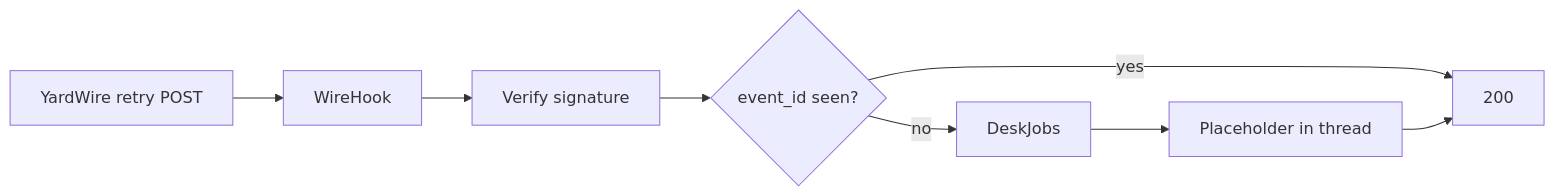
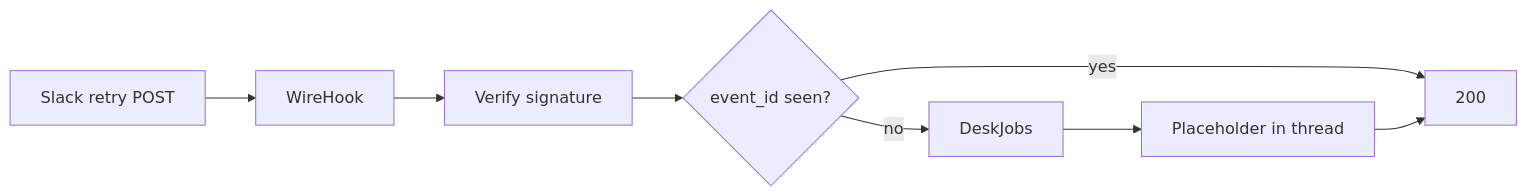
One commit to jdodsoncollins/study-material changed the diagram in lessons/ai-agents/desk-bot/viz/hook.md. Above: the diagram before and after it, drawn with Mermaid. The commit also changed 51 other files, not shown here.

````diff
--- a/lessons/ai-agents/desk-bot/viz/hook.md
+++ b/lessons/ai-agents/desk-bot/viz/hook.md
@@ -3,10 +3,10 @@
 ```mermaid
 flowchart LR
-  wire[YardWire retry POST] --> hook[WireHook]
+  wire[Slack retry POST] --> hook[WireHook]
   hook --> ver[Verify signature]
   ver --> dedup{event_id seen?}
   dedup -->|yes| ack[200]
   dedup -->|no| q[DeskJobs]
   q --> hold[Placeholder in thread]
   hold --> ack
 ```
````
